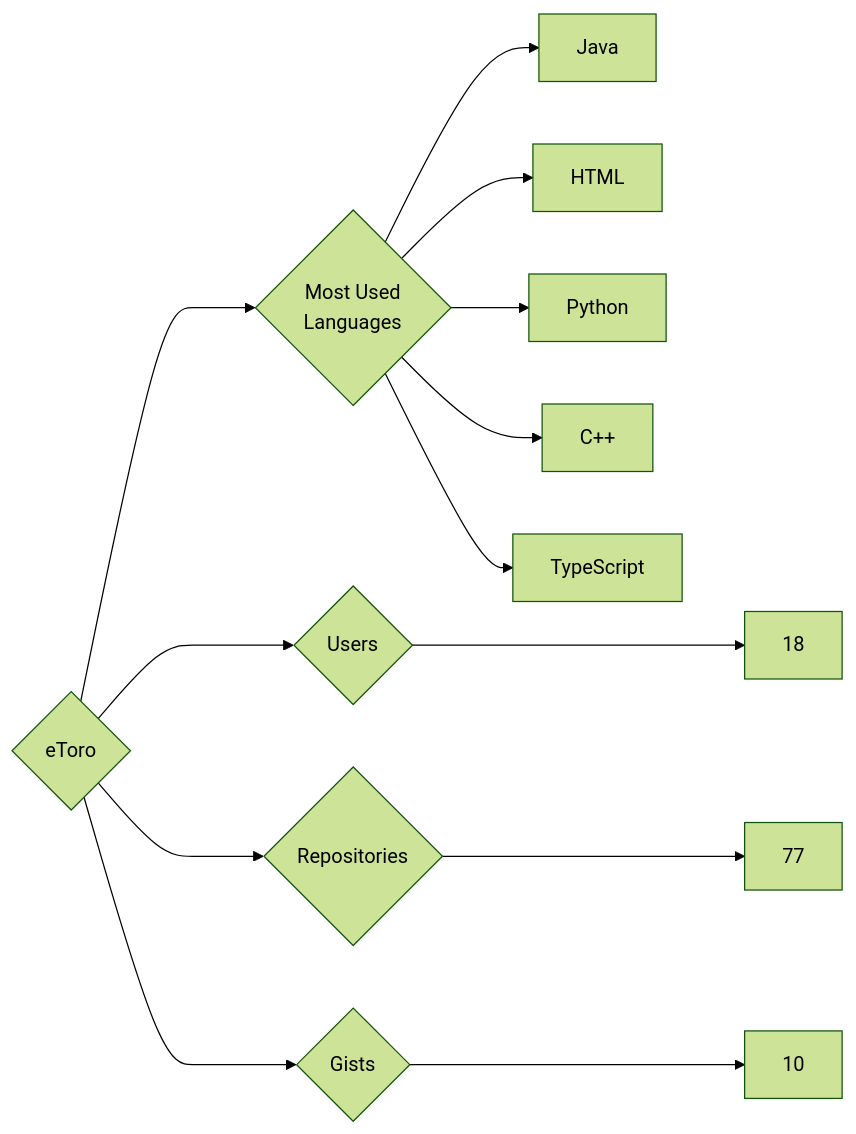
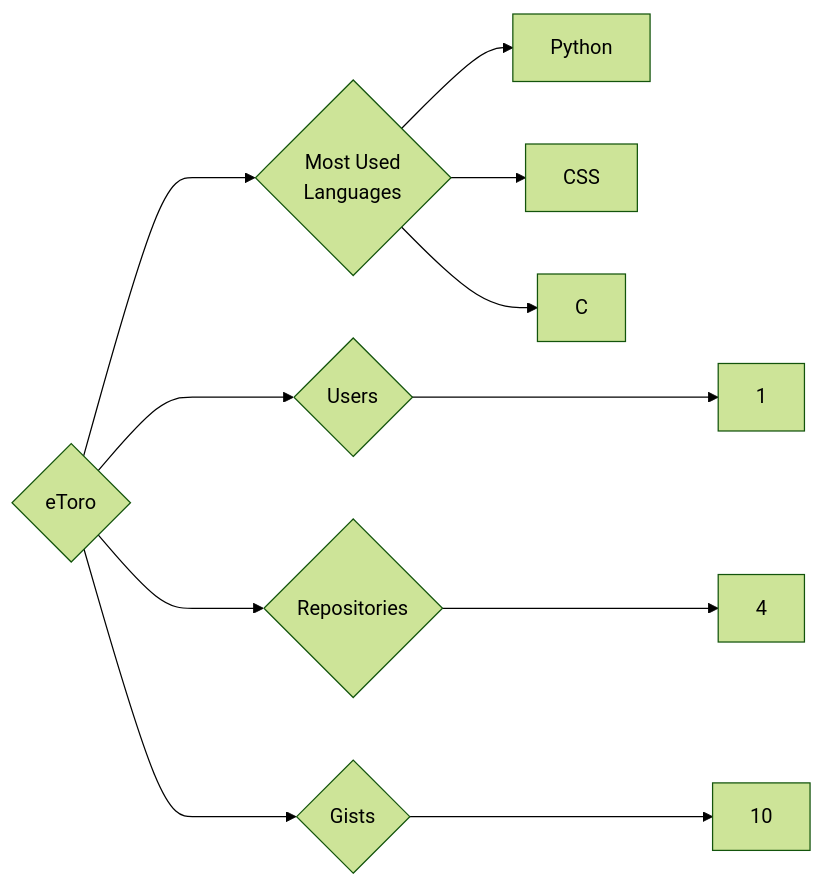
The diagram in targets/eToro/README.md (trickest/insiders), drawn with Mermaid (forest theme) before and after one commit. The commit also changed 677 other files, not shown here.

````diff
--- a/targets/eToro/README.md
+++ b/targets/eToro/README.md
@@ -3,13 +3,11 @@
 ```mermaid
 graph LR
 COMPANY_NAME{eToro}
-COMPANY_NAME ---> U{Users} ---> UN[18]
-COMPANY_NAME ---> R{Repositories} ---> RN[77]
+COMPANY_NAME ---> U{Users} ---> UN[1]
+COMPANY_NAME ---> R{Repositories} ---> RN[4]
 COMPANY_NAME ---> G{Gists} ---> GN[10]
 COMPANY_NAME ---> ML{Most Used<br>Languages}
-ML --> Java[Java]
-ML --> HTML[HTML]
 ML --> Python[Python]
-ML --> C++[C++]
-ML --> TypeScript[TypeScript]
+ML --> CSS[CSS]
+ML --> C[C]
 ```
````
